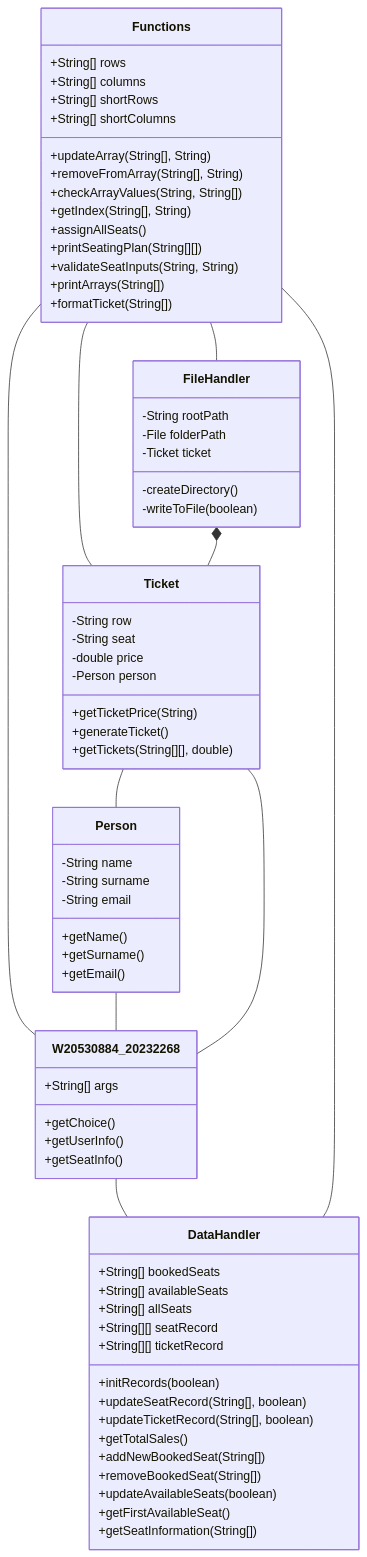
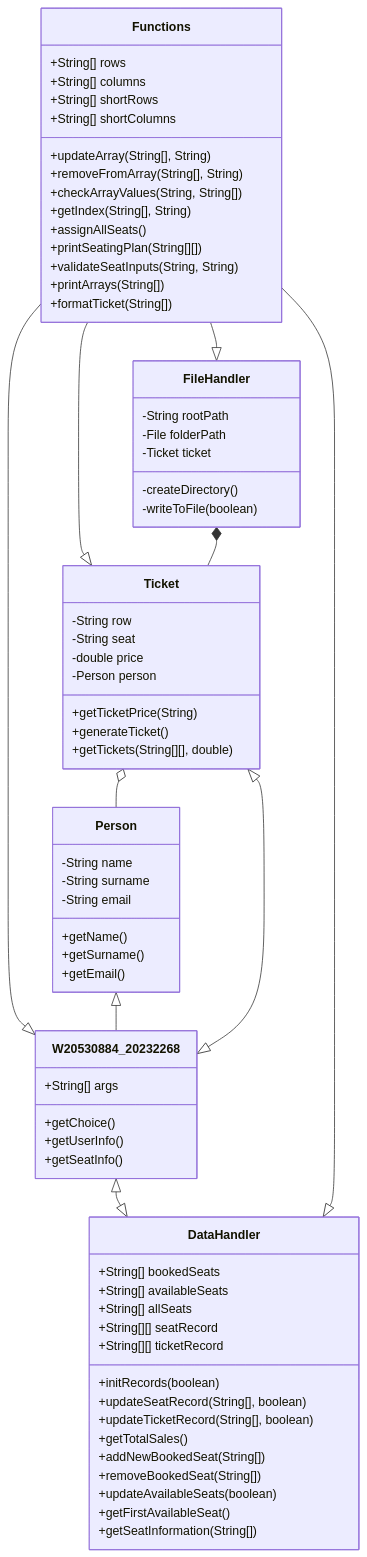
The diagram in README.md (anuja-rahul/booking-app-javaCW), drawn with Mermaid before and after one commit.

Commit message:
changes to class diagram

````diff
--- a/README.md
+++ b/README.md
@@ -28,84 +28,82 @@
 ```mermaid
 
 classDiagram
-  W20530884_20232268 -- DataHandler
-  Functions -- W20530884_20232268
-  Functions -- DataHandler
-  Functions -- Ticket
-  Functions -- FileHandler
+  W20530884_20232268 <|--|> DataHandler
 
-  Person -- W20530884_20232268
-  Ticket -- W20530884_20232268
-  Ticket -- Person
+  Functions --|> W20530884_20232268
+  Functions --|> DataHandler
+  Functions --|> Ticket
+  Functions --|> FileHandler
+
+  Person <|-- W20530884_20232268
+  Ticket <|--|> W20530884_20232268
+  Ticket o-- Person
   FileHandler *-- Ticket
 
-  class W20530884_20232268 {
-    +String[] args
-    +getChoice()
-    +getUserInfo()
-    +getSeatInfo()
-  }
-
-  class DataHandler {
+  W20530884_20232268 : +String[] args
+  W20530884_20232268: +getChoice()
+  W20530884_20232268: +getUserInfo()
+  W20530884_20232268: +getSeatInfo()
+  class DataHandler{
     +String[] bookedSeats
     +String[] availableSeats
     +String[] allSeats
     +String[][] seatRecord
     +String[][] ticketRecord
     +initRecords(boolean)
     +updateSeatRecord(String[], boolean)
     +updateTicketRecord(String[], boolean)
     +getTotalSales()
     +addNewBookedSeat(String[])
     +removeBookedSeat(String[])
     +updateAvailableSeats(boolean)
     +getFirstAvailableSeat()
     +getSeatInformation(String[])
   }
 
-  class FileHandler {
+  class FileHandler{
     -String rootPath
     -File folderPath
     -Ticket ticket
     -createDirectory()
     -writeToFile(boolean)
   }
 
-  class Ticket {
+  class Ticket{
     -String row
     -String seat
     -double price
     -Person person
     +getTicketPrice(String)
     +generateTicket()
     +getTickets(String[][], double)
   }
 
-  class Person {
+  class Person{
     -String name
     -String surname
     -String email
     +getName()
     +getSurname()
     +getEmail()
   }
 
-  class Functions {
+  class Functions{
     +String[] rows
     +String[] columns
     +String[] shortRows
     +String[] shortColumns
     +updateArray(String[], String)
     +removeFromArray(String[], String)
     +checkArrayValues(String, String[])
     +getIndex(String[], String)
     +assignAllSeats()
     +printSeatingPlan(String[][])
     +validateSeatInputs(String, String)
     +printArrays(String[])
     +formatTicket(String[])
   }
 
   
 
 ```
````
